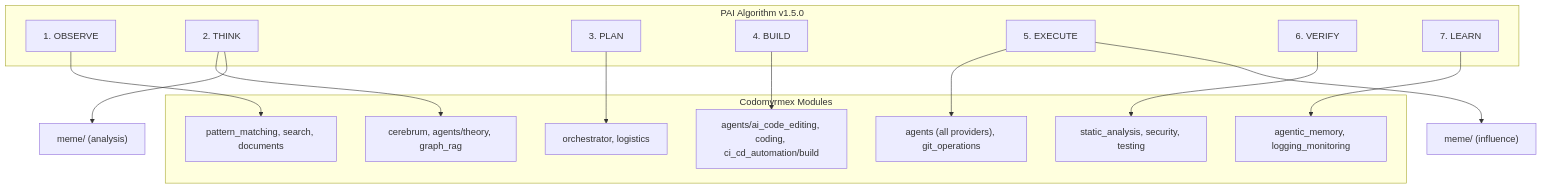
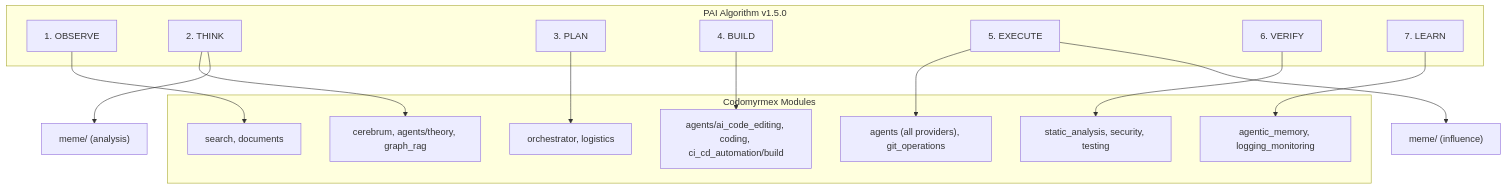
Before and after one commit to docxology/codomyrmex: the second of 2 diagrams in src/codomyrmex/PAI.md, drawn with Mermaid. The commit also changed other lines of this file and 2169 other files, not shown here.

````diff
--- a/src/codomyrmex/PAI.md
+++ b/src/codomyrmex/PAI.md
@@ -125,32 +126,32 @@
 ```mermaid
 graph TB
     subgraph Algorithm ["PAI Algorithm v1.5.0"]
         OBSERVE["1. OBSERVE"]
         THINK["2. THINK"]
         PLAN["3. PLAN"]
         BUILD["4. BUILD"]
         EXECUTE["5. EXECUTE"]
         VERIFY["6. VERIFY"]
         LEARN["7. LEARN"]
     end
 
     subgraph Modules ["Codomyrmex Modules"]
-        PM["pattern_matching, search, documents"]
+        PM["search, documents"]
         CB["cerebrum, agents/theory, graph_rag"]
         OR["orchestrator, logistics"]
         CE["agents/ai_code_editing, coding, ci_cd_automation/build"]
         AG["agents (all providers), git_operations"]
         SA["static_analysis, security, testing"]
         AM["agentic_memory, logging_monitoring"]
     end
 
     OBSERVE --> PM
     THINK --> CB
     THINK --> ME["meme/ (analysis)"]
     PLAN --> OR
     BUILD --> CE
     EXECUTE --> AG
     EXECUTE --> MI["meme/ (influence)"]
     VERIFY --> SA
     LEARN --> AM
 ```
````
